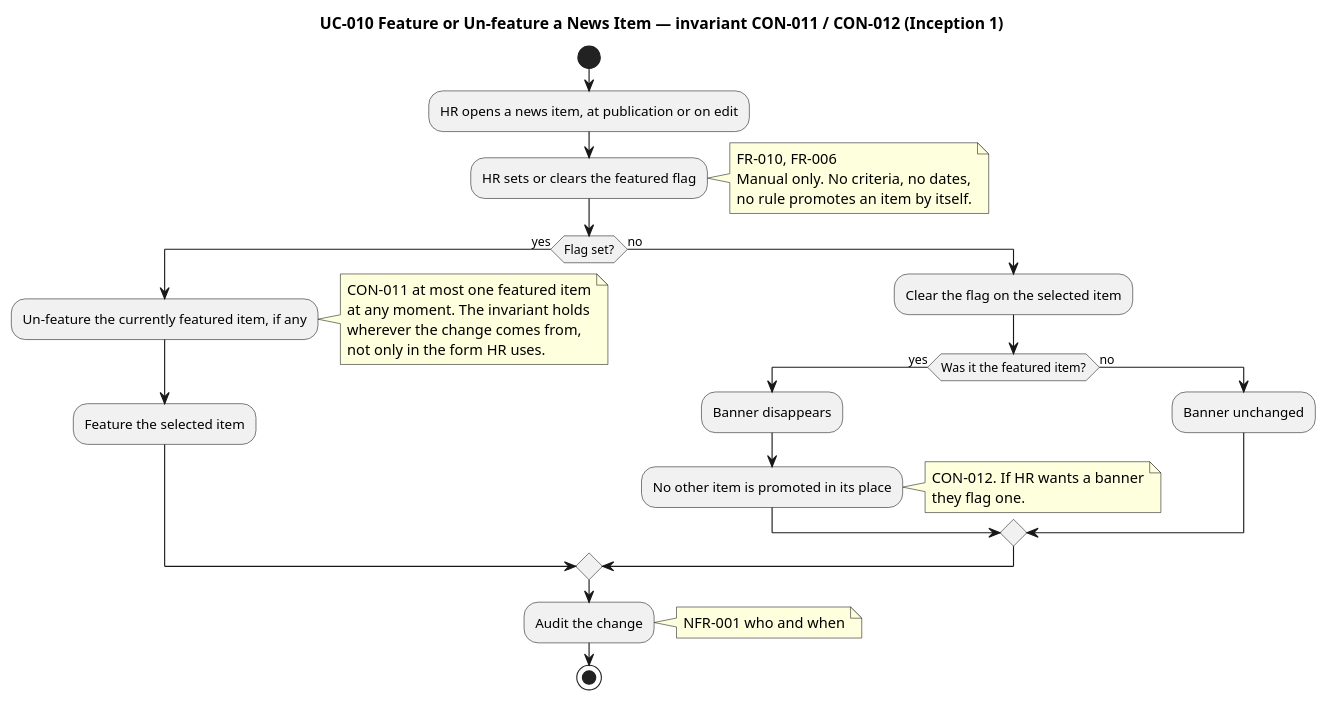
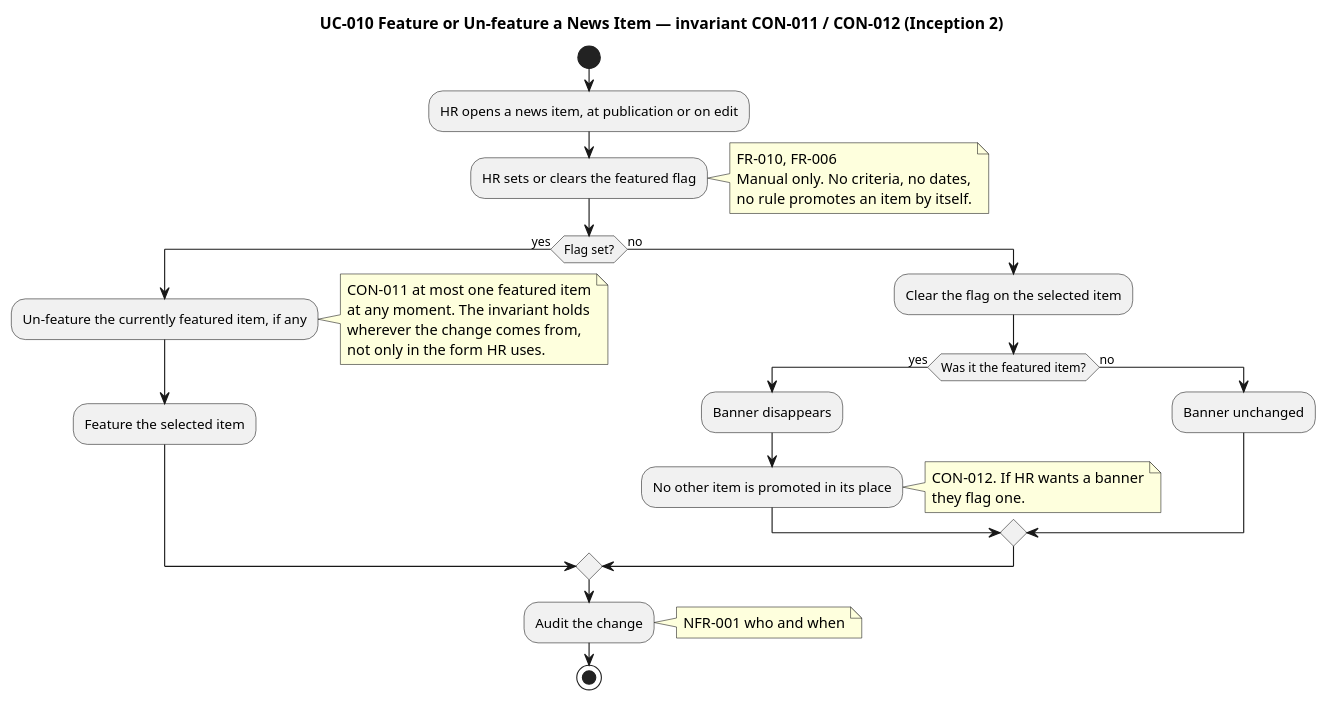
Before and after one commit to banense-test/portal: the fifth of 6 diagrams in docs/artifacts/requirements/use-case-model.md, drawn with PlantUML. The commit also changed other lines of this file, not shown here.

````diff
--- a/docs/artifacts/requirements/use-case-model.md
+++ b/docs/artifacts/requirements/use-case-model.md
@@ -413,43 +413,43 @@
 ```plantuml
 @startuml
-title UC-010 Feature or Un-feature a News Item — invariant CON-011 / CON-012 (Inception 1)
+title UC-010 Feature or Un-feature a News Item — invariant CON-011 / CON-012 (Inception 2)
 
 start
 :HR opens a news item, at publication or on edit;
 :HR sets or clears the featured flag;
 note right
   FR-010, FR-006
   Manual only. No criteria, no dates,
   no rule promotes an item by itself.
 end note
 
 if (Flag set?) then (yes)
   :Un-feature the currently featured item, if any;
   note right
     CON-011 at most one featured item
     at any moment. The invariant holds
     wherever the change comes from,
     not only in the form HR uses.
   end note
   :Feature the selected item;
 else (no)
   :Clear the flag on the selected item;
   if (Was it the featured item?) then (yes)
     :Banner disappears;
     :No other item is promoted in its place;
     note right
       CON-012. If HR wants a banner
       they flag one.
     end note
   else (no)
     :Banner unchanged;
   endif
 endif
 
 :Audit the change;
 note right
   NFR-001 who and when
 end note
 stop
 @enduml
 ```
````
